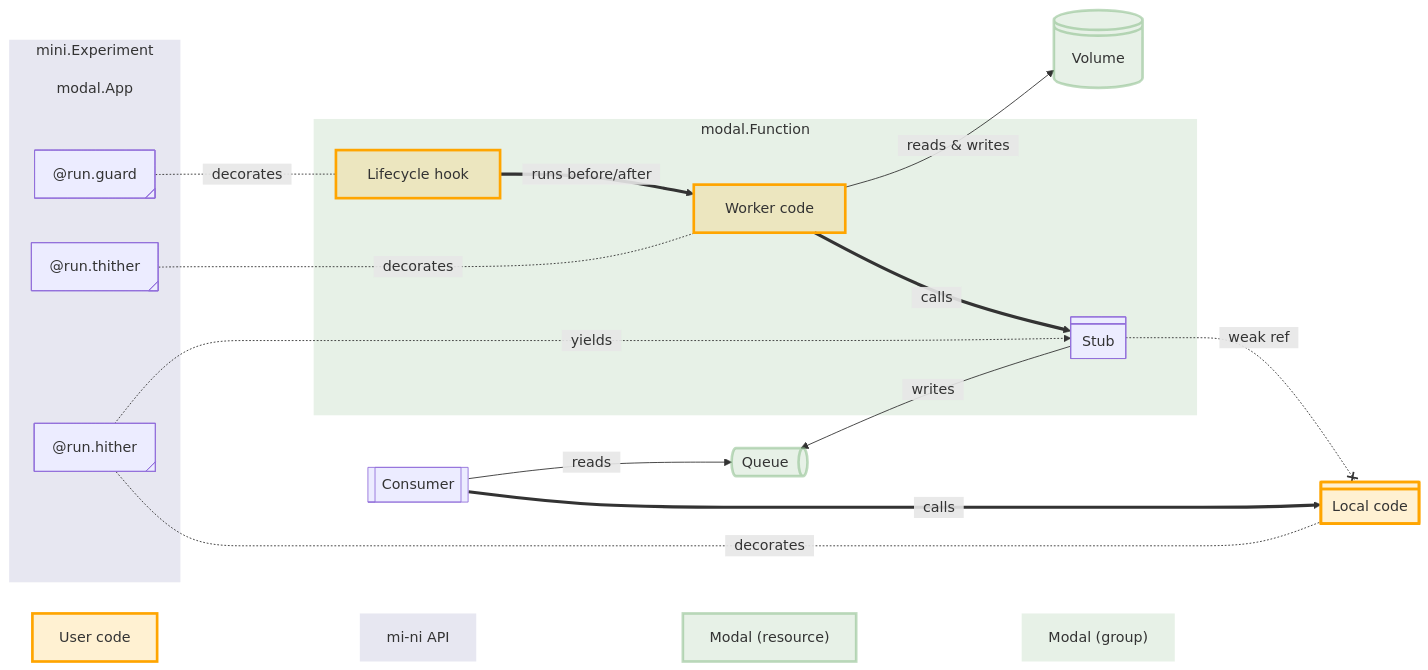
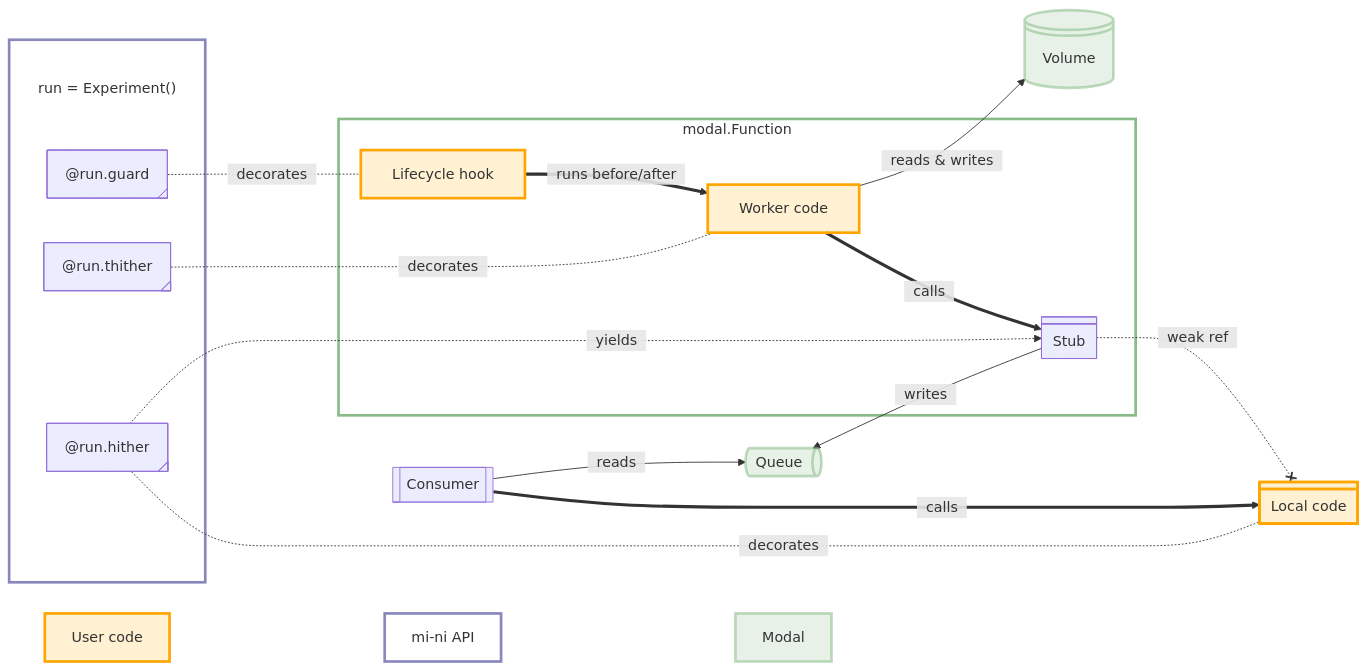
Before and after one commit to z0u/mi-ni: the second of 5 diagrams in doc/hither-thither.md, drawn with Mermaid. The commit also changed other lines of this file, not shown here.

Commit message:
added a high-level diagram that is easier to understand

````diff
--- a/doc/hither-thither.md
+++ b/doc/hither-thither.md
@@ -8,52 +40,51 @@
 ```mermaid
 graph LR
     V:::modal@{ shape: disk, label: " Volume " }
     Q:::modal@{ shape: das, label: " Queue " }
 
     classDef user stroke:orange,fill:#fb23,stroke-width:3px;
     classDef modal stroke:#8b88,fill:#8b83,stroke-width:3px;
-    classDef modalbox stroke:transparent,fill:#8b83;
-    classDef minibox stroke:transparent,fill:#88b3;
+    classDef modalbox stroke:#8b8,stroke-width:3px,fill:none;
+    classDef minibox stroke:#88b,stroke-width:3px,fill:none;
 
-    subgraph EG [mini.Experiment]
-        app@{ shape: text, label: "modal.App"}
+    subgraph EG [ ]
+        app@{ shape: text, label: "run = Experiment()"}
         guards@{ shape: tag-rect, label: "@run.guard"}
         thither@{ shape: tag-rect, label: "@run.thither"}
         hither@{ shape: tag-rect, label: "@run.hither"}
     end
     EG:::minibox
 
     cons@{ shape: subproc, label: "Consumer" }
 
     subgraph Fn [modal.Function]
         guard_cb:::user@{ shape: rect, label: " Lifecycle hook " }
         rem:::user@{ shape: rect, label: " Worker code " }
         stubs@{ shape: div-rect, label: " Stub " }
     end
     Fn:::modalbox
 
     loc:::user@{ shape: div-rect, label: " Local code " }
 
     rem -->|"&nbsp; reads & writes &nbsp;"| V
 
     guards -.-|"&nbsp; decorates &nbsp;"| guard_cb
     guard_cb ==>|"&nbsp; runs before/after &nbsp;"| rem
     thither -.-|"&nbsp; decorates &nbsp;"| rem
     rem ==>|"&nbsp; calls &nbsp;"| stubs
     stubs -->|"&nbsp; writes &nbsp;"| Q
     stubs -.-x|"&nbsp; weak ref &nbsp;"| loc
 
     hither -.->|"&nbsp; yields &nbsp;"| stubs
     hither -.-|"&nbsp; decorates &nbsp;"| loc
 
     cons -->|"&nbsp; reads &nbsp;"| Q
     cons ==>|"&nbsp; calls &nbsp;"| loc
 
     Q ~~~ stubs
 
     _mini:::minibox@{ shape: rect, label: "mi-ni API" }
-    _modal:::modal@{ shape: rect, label: "Modal (resource)" }
-    _modal-group:::modalbox@{ shape: rect, label: "Modal (group)" }
+    _modal:::modal@{ shape: rect, label: "Modal" }
     _user:::user@{ shape: rect, label: "User code" }
-    _user ~~~ _mini ~~~ _modal ~~~ _modal-group
+    _user ~~~ _mini ~~~ _modal
 ```
````
